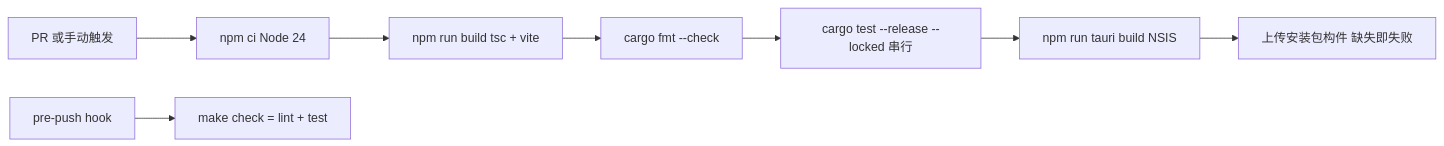
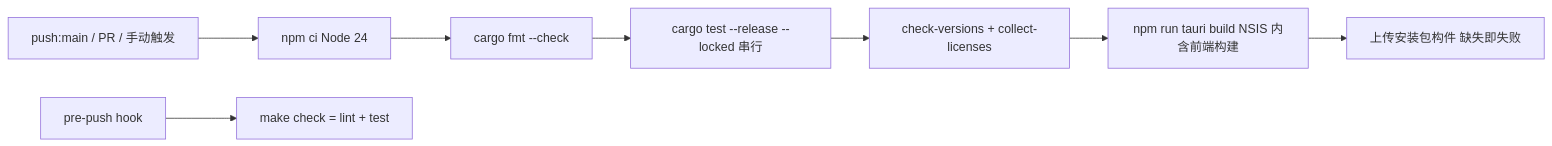
Before and after one commit to hershate/Deep-tutor: the first of 11 diagrams in docs/architecture/03-workflow.md, drawn with Mermaid. The commit also changed other lines of this file and 3 other files, not shown here.

````diff
--- a/docs/architecture/03-workflow.md
+++ b/docs/architecture/03-workflow.md
@@ -19,10 +19,10 @@
 ```mermaid
 flowchart LR
-    A[PR 或手动触发] --> B[npm ci Node 24]
-    B --> C[npm run build tsc + vite]
-    C --> D[cargo fmt --check]
-    D --> E[cargo test --release --locked 串行]
-    E --> F[npm run tauri build NSIS]
+    A[push:main / PR / 手动触发] --> B[npm ci Node 24]
+    B --> C[cargo fmt --check]
+    C --> D[cargo test --release --locked 串行]
+    D --> E[check-versions + collect-licenses]
+    E --> F[npm run tauri build NSIS 内含前端构建]
     F --> G[上传安装包构件 缺失即失败]
     H[pre-push hook] --> I[make check = lint + test]
 ```
````
